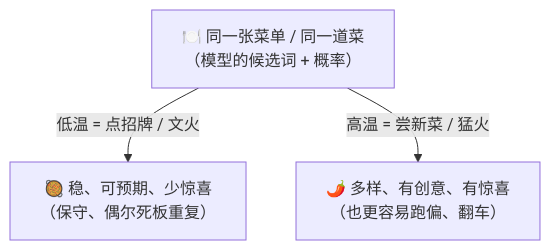
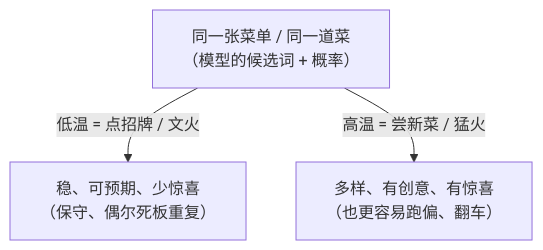
The second of 5 diagrams in docs/02_CONCEPTS_概念入门/CONCEPT/[CONCEPT-28] 什么是采样与温度-Sampling.md (luckykhy/KhyAiHub), drawn with Mermaid before and after one commit. The commit also changed other lines of this file and 19 other files, not shown here.

````diff
--- a/docs/02_CONCEPTS_概念入门/CONCEPT/[CONCEPT-28] 什么是采样与温度-Sampling.md
+++ b/docs/02_CONCEPTS_概念入门/CONCEPT/[CONCEPT-28] 什么是采样与温度-Sampling.md
@@ -71,6 +71,6 @@
 ```mermaid
 flowchart TB
-  MENU["🍽️ 同一张菜单 / 同一道菜<br/>（模型的候选词 + 概率）"]
-  MENU -->|"低温 = 点招牌 / 文火"| LOW["🥘 稳、可预期、少惊喜<br/>（保守、偶尔死板重复）"]
-  MENU -->|"高温 = 尝新菜 / 猛火"| HIGH["🌶️ 多样、有创意、有惊喜<br/>（也更容易跑偏、翻车）"]
+  MENU["同一张菜单 / 同一道菜<br/>（模型的候选词 + 概率）"]
+  MENU -->|"低温 = 点招牌 / 文火"| LOW["稳、可预期、少惊喜<br/>（保守、偶尔死板重复）"]
+  MENU -->|"高温 = 尝新菜 / 猛火"| HIGH["多样、有创意、有惊喜<br/>（也更容易跑偏、翻车）"]
 ```
````
